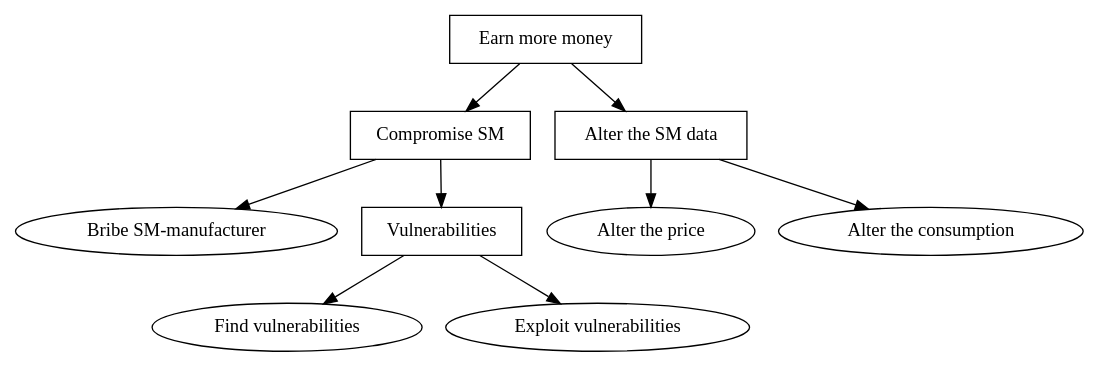
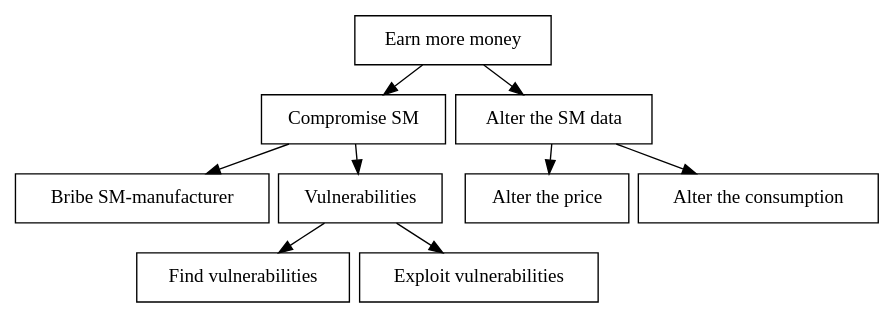
One commit to des904e15/report changed the diagram in figures/graphviz/electrical_company_vs_consumer.dot. Above: the diagram before and after it, drawn with Graphviz. The commit also changed 10 other files, not shown here.

```diff
--- a/figures/graphviz/electrical_company_vs_consumer.dot
+++ b/figures/graphviz/electrical_company_vs_consumer.dot
@@ -1,16 +1,20 @@
 digraph G {
+
+graph[ center=true, margin=0.2, nodesep=0.1, ranksep=0.3]
+node[ shape=rectangle];
+
 	root[label="Earn more money", shape=AND];
 	compromise_sm[label="Compromise SM", shape=OR];
 	alter_data[label="Alter the SM data", shape=OR];
 	bribe[label="Bribe SM-manufacturer"];
 	vulnerabilities[label="Vulnerabilities", shape=AND];
 	find[label="Find vulnerabilities"];
 	exploit[label="Exploit vulnerabilities"];
 	alter_price[label="Alter the price"];
 	alter_consumption[label="Alter the consumption"];
 
 	root -> compromise_sm, alter_data;
 	compromise_sm -> bribe, vulnerabilities;
 	vulnerabilities -> find, exploit;
 	alter_data -> alter_price, alter_consumption;
 	}
```
